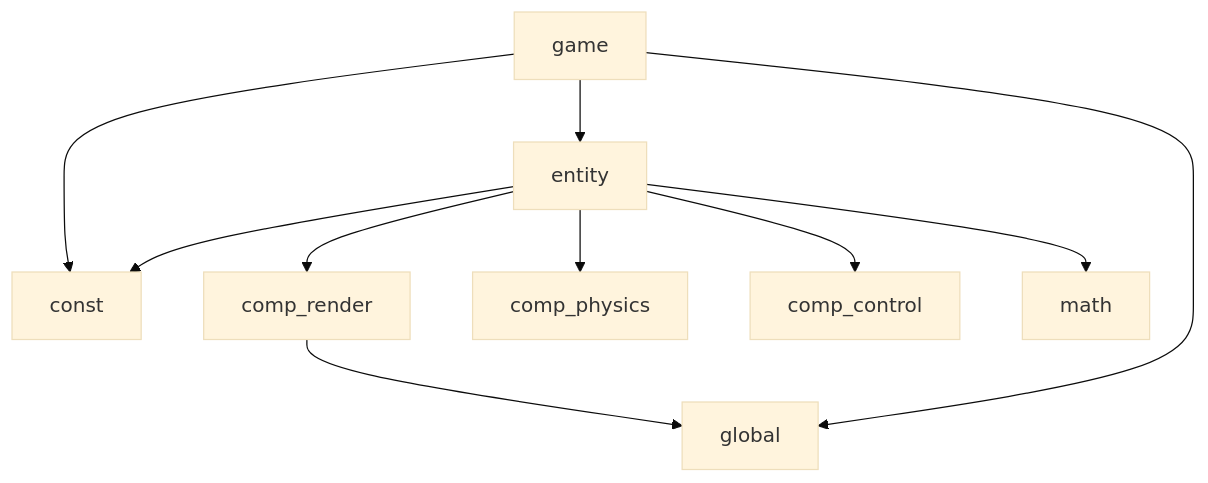
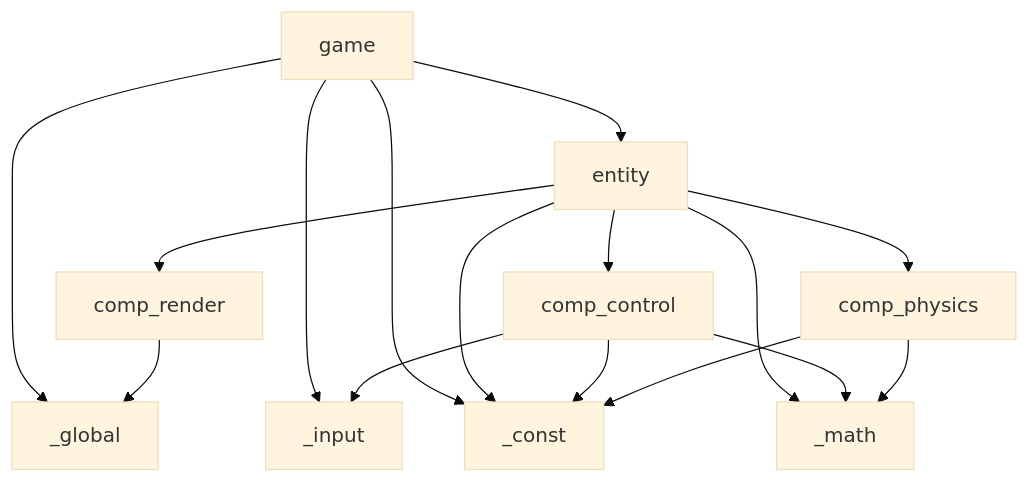
One commit to dtldyg/physics-sync-demo changed the diagram in README.md. Above: the diagram before and after it, drawn with Mermaid (base theme). The commit also changed 2 other files, not shown here.

Commit message:
最大速度

````diff
--- a/README.md
+++ b/README.md
@@ -13,14 +13,22 @@
 ```mermaid
 graph TD
-     game --> const
+     game --> _global
+     game --> _input
+     game --> _const
      game --> entity
-     game --> global
 
-     entity --> const
+     entity --> _math
+     entity --> _const
+     entity --> comp_control
+     entity --> comp_physics
      entity --> comp_render
-     entity --> comp_physics
-     entity --> comp_control
-     entity --> math
 
-     comp_render --> global
+     comp_control --> _input
+     comp_control --> _math
+     comp_control --> _const
+
+     comp_physics --> _math
+     comp_physics --> _const
+
+     comp_render --> _global
 ```
````
